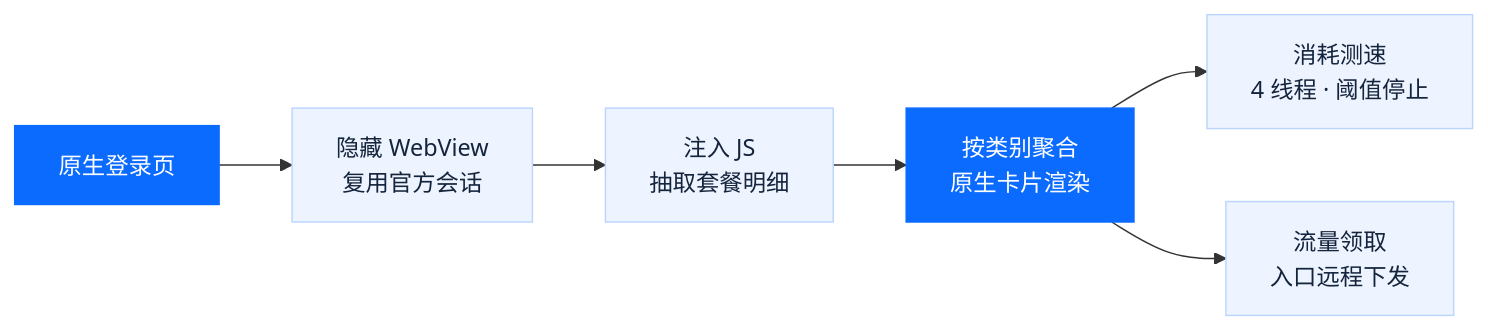
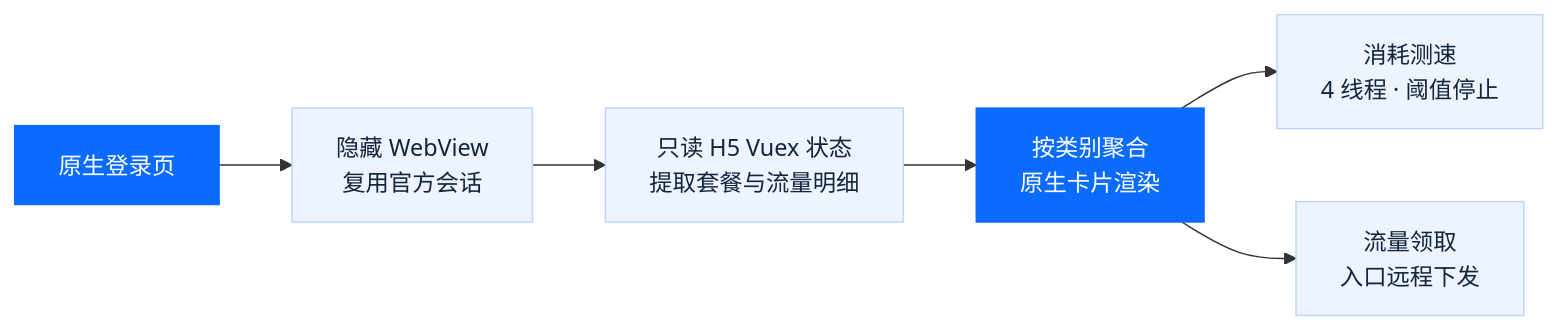
The diagram in README.md (fuoins/flow-assistant), drawn with Mermaid before and after one commit. The commit also changed other lines of this file and 1 other file, not shown here.

````diff
--- a/README.md
+++ b/README.md
@@ -84,12 +86,12 @@
 ```mermaid
 flowchart LR
   A["原生登录页"] --> B["隐藏 WebView<br/>复用官方会话"]
-  B --> C["注入 JS<br/>抽取套餐明细"]
+  B --> C["只读 H5 Vuex 状态<br/>提取套餐与流量明细"]
   C --> D["按类别聚合<br/>原生卡片渲染"]
   D --> E["消耗测速<br/>4 线程 · 阈值停止"]
   D --> F["流量领取<br/>入口远程下发"]
   classDef accent fill:#0B6BFF,stroke:#0B6BFF,color:#FFFFFF
   classDef soft fill:#EDF4FF,stroke:#BBD5FF,color:#14243C
   class A,D accent
   class B,C,E,F soft
 ```
````
